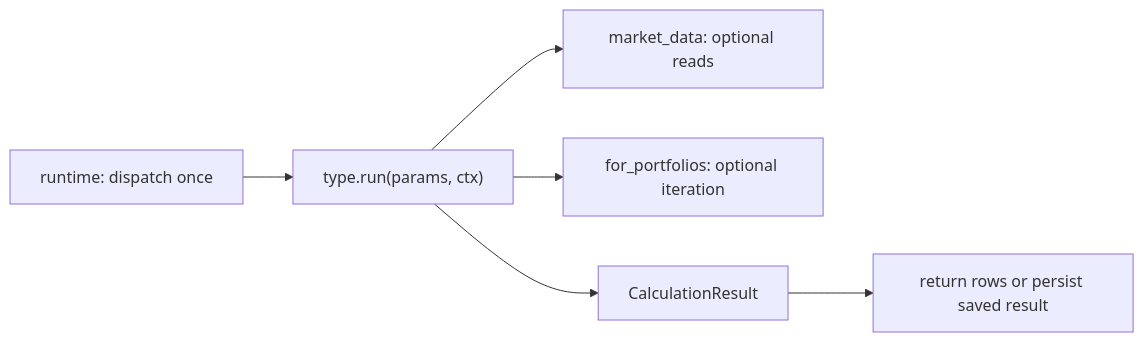
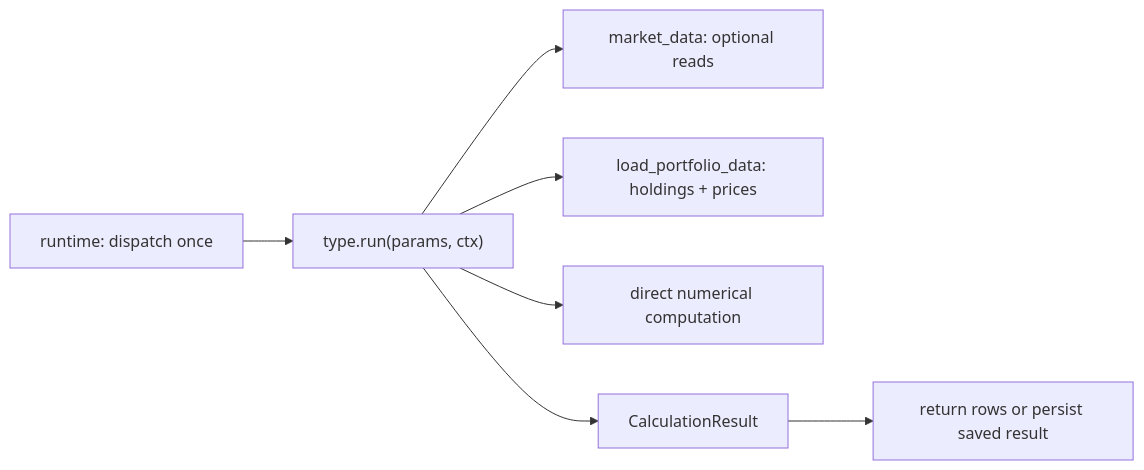
One commit to maxime-filippini/data-service changed the diagram in docs/src/content/docs/calculations/types.md. Above: the diagram before and after it, drawn with Mermaid. The commit also changed other lines of this file and 19 other files, not shown here.

Commit message:
refactor(engine): use direct portfolio data helpers and explicit calculation loops

````diff
--- a/docs/src/content/docs/calculations/types.md
+++ b/docs/src/content/docs/calculations/types.md
@@ -15,8 +15,9 @@
 ```mermaid
 flowchart LR
   runtime["runtime: dispatch once"] --> calc["type.run(params, ctx)"]
   calc --> data["market_data: optional reads"]
-  calc --> portfolios["for_portfolios: optional iteration"]
+  calc --> prepare["load_portfolio_data: holdings + prices"]
+  calc --> math["direct numerical computation"]
   calc --> result["CalculationResult"]
   result --> response["return rows or persist saved result"]
 ```
````
